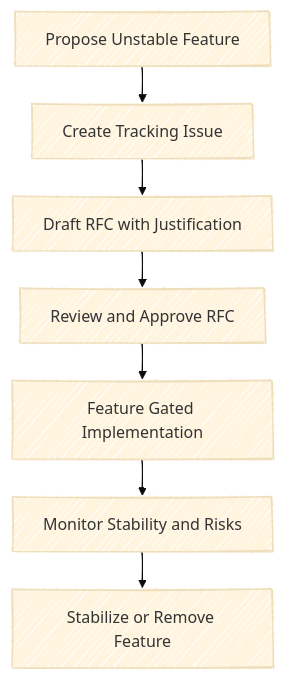
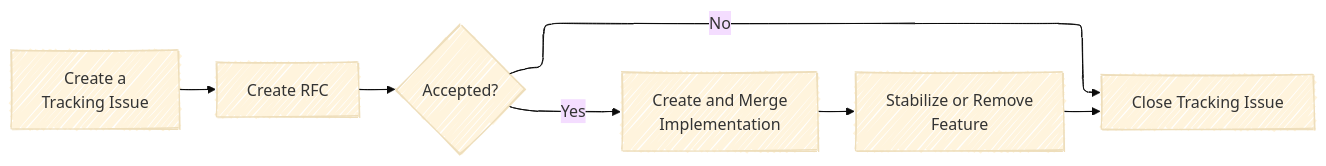
The diagram in docs/src/dev/unstable.md (vineelko/patina), drawn with Mermaid (base theme) before and after one commit. The commit also changed other lines of this file and 1 other file, not shown here.

Commit message:
Add rustc feature gate tracking issue requirements (#800)

````diff
--- a/docs/src/dev/unstable.md
+++ b/docs/src/dev/unstable.md
@@ -50,14 +43,14 @@
 ```mermaid
 ---
 config:
   layout: elk
   look: handDrawn
 ---
-graph TD
-    A[Propose Unstable Feature] --> B[Create Tracking Issue]
-    B --> C[Draft RFC with Justification]
-    C --> D[Review and Approve RFC]
-    D --> E[Feature Gated Implementation]
-    E --> F[Monitor Stability and Risks]
-    F --> G[Stabilize or Remove Feature]
+flowchart LR
+    A["Create a <br> Tracking Issue"] --> B["Create RFC"]
+    B --> C{"Accepted?"}
+    C -- Yes --> D["Create and Merge <br> Implementation"]
+    D --> E["Stabilize or Remove <br> Feature"]
+    E --> Z["Close Tracking Issue"]
+    C -- No --> Z
 ```
````
